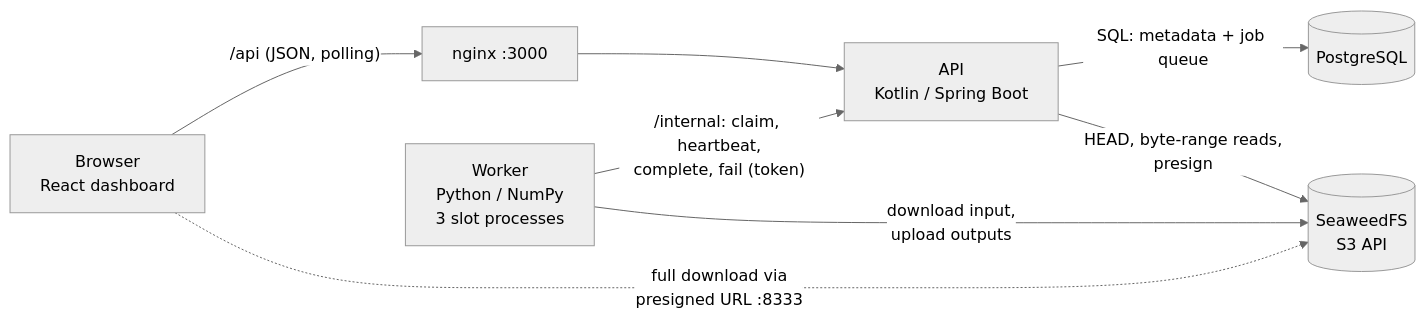
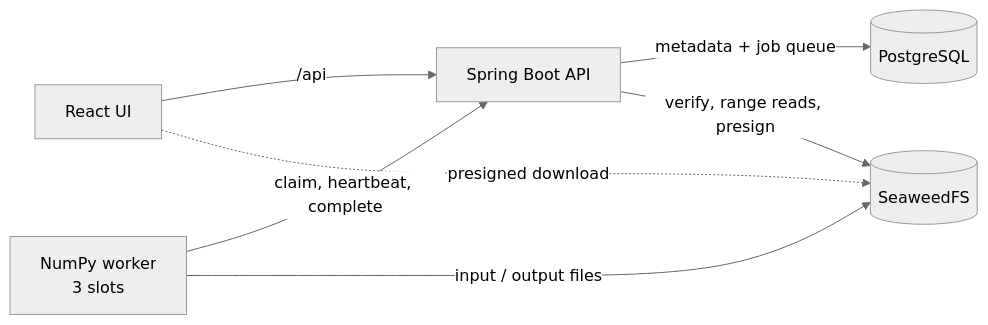
The diagram in README.md (deepakvijayakumar14/tensor-workbench), drawn with Mermaid (neutral theme) before and after one commit. The commit also changed other lines of this file and 1 other file, not shown here.

````diff
--- a/README.md
+++ b/README.md
@@ -75,10 +30,9 @@
 ```mermaid
 flowchart LR
-  B[Browser<br/>React dashboard] -- "/api (JSON, polling)" --> N[nginx :3000]
-  N --> A[API<br/>Kotlin / Spring Boot]
-  A -- "SQL: metadata + job queue" --> P[(PostgreSQL)]
-  A -- "HEAD, byte-range reads,<br/>presign" --> S[(SeaweedFS<br/>S3 API)]
-  W[Worker<br/>Python / NumPy<br/>3 slot processes] -- "/internal: claim, heartbeat,<br/>complete, fail (token)" --> A
-  W -- "download input,<br/>upload outputs" --> S
-  B -. "full download via<br/>presigned URL :8333" .-> S
+  B[React UI] -->|/api| A[Spring Boot API]
+  A -->|metadata + job queue| P[(PostgreSQL)]
+  A -->|verify, range reads, presign| S[(SeaweedFS)]
+  W[NumPy worker<br/>3 slots] -->|claim, heartbeat, complete| A
+  W -->|input / output files| S
+  B -.->|presigned download| S
 ```
````
